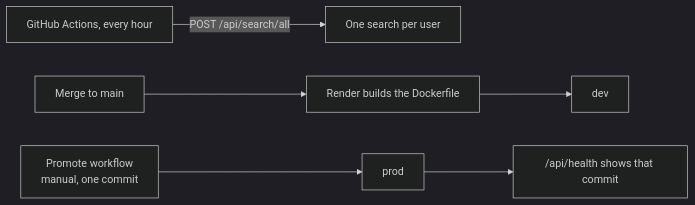
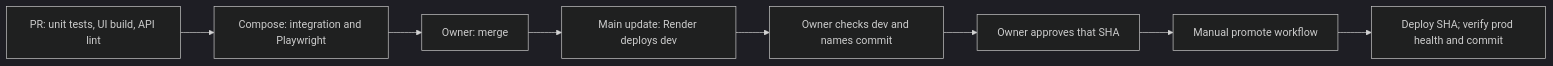
Before and after one commit to alexisdacquay/sail-event: the third of 4 diagrams in README.md, drawn with Mermaid (dark theme). The commit also changed other lines of this file and 80 other files, not shown here.

````diff
--- a/README.md
+++ b/README.md
@@ -208,6 +150,10 @@
 ```mermaid
 flowchart LR
-  CRON["GitHub Actions, every hour"] -- "POST /api/search/all" --> RUN[One search per user]
-  PUSH[Merge to main] --> BUILD[Render builds the Dockerfile] --> DEV[dev]
-  PROMO["Promote workflow<br/>manual, one commit"] --> PROD[prod] --> H["/api/health shows that commit"]
+    P[PR: unit tests, UI build, API lint] --> I[Compose: integration and Playwright]
+    I --> M[Owner: merge]
+    M --> D[Main update: Render deploys dev]
+    D --> C[Owner checks dev and names commit]
+    C --> A[Owner approves that SHA]
+    A --> W[Manual promote workflow]
+    W --> H[Deploy SHA; verify prod health and commit]
 ```
````
